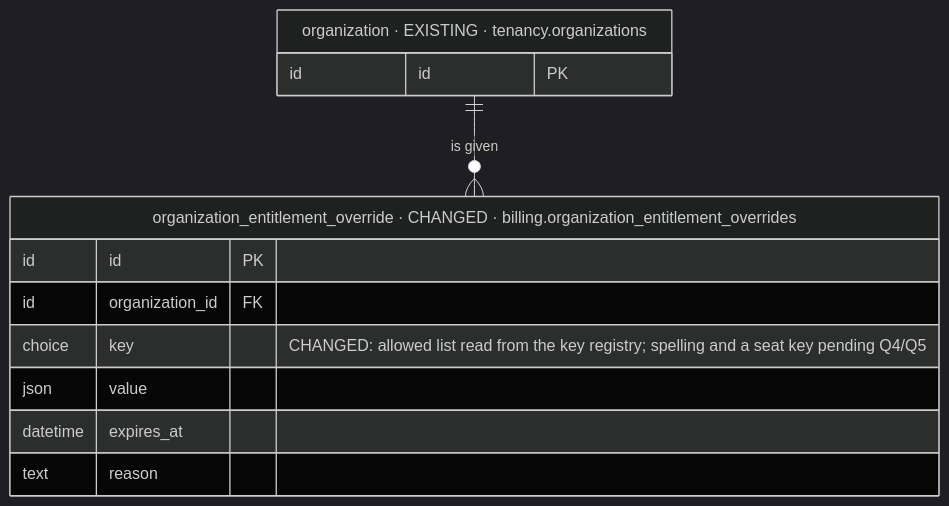
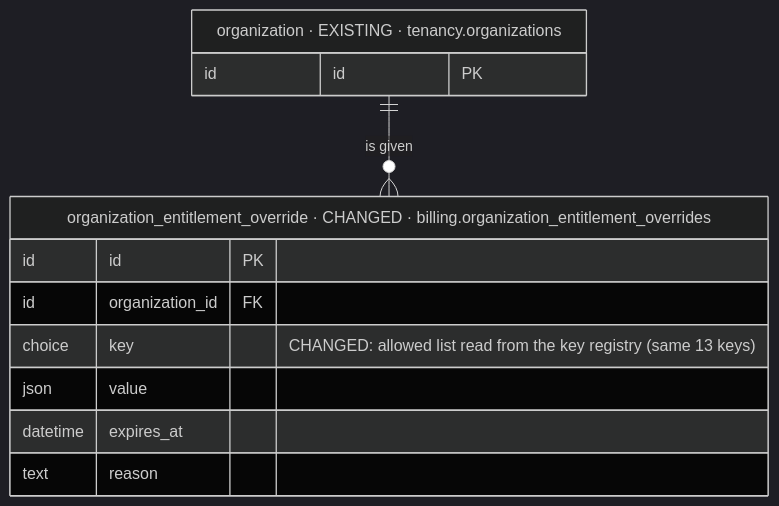
Before and after one commit to albetrios/meepzo-be: the second of 5 diagrams in iterations/change-plan-gates-2026-11-26-mfku/plans/db-changes.md, drawn with Mermaid (dark theme). The commit also changed other lines of this file and 4 other files, not shown here.

````diff
--- a/iterations/change-plan-gates-2026-11-26-mfku/plans/db-changes.md
+++ b/iterations/change-plan-gates-2026-11-26-mfku/plans/db-changes.md
@@ -49,15 +51,15 @@
 ```mermaid
 erDiagram
   organization_entitlement_override["organization_entitlement_override · CHANGED · billing.organization_entitlement_overrides"] {
     id id PK
     id organization_id FK
-    choice key "CHANGED: allowed list read from the key registry; spelling and a seat key pending Q4/Q5"
+    choice key "CHANGED: allowed list read from the key registry (same 13 keys)"
     json value
     datetime expires_at
     text reason
   }
   organization["organization · EXISTING · tenancy.organizations"] {
     id id PK
   }
   organization ||--o{ organization_entitlement_override : "is given"
 ```
````
